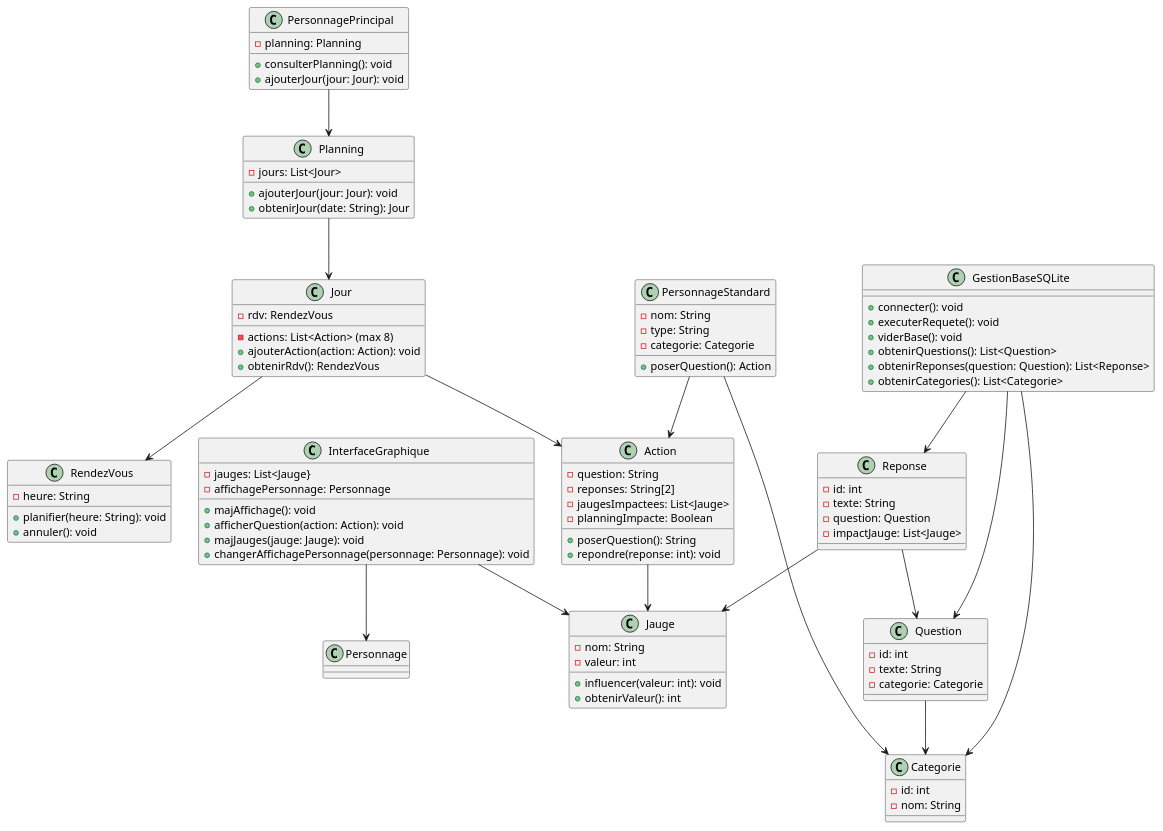
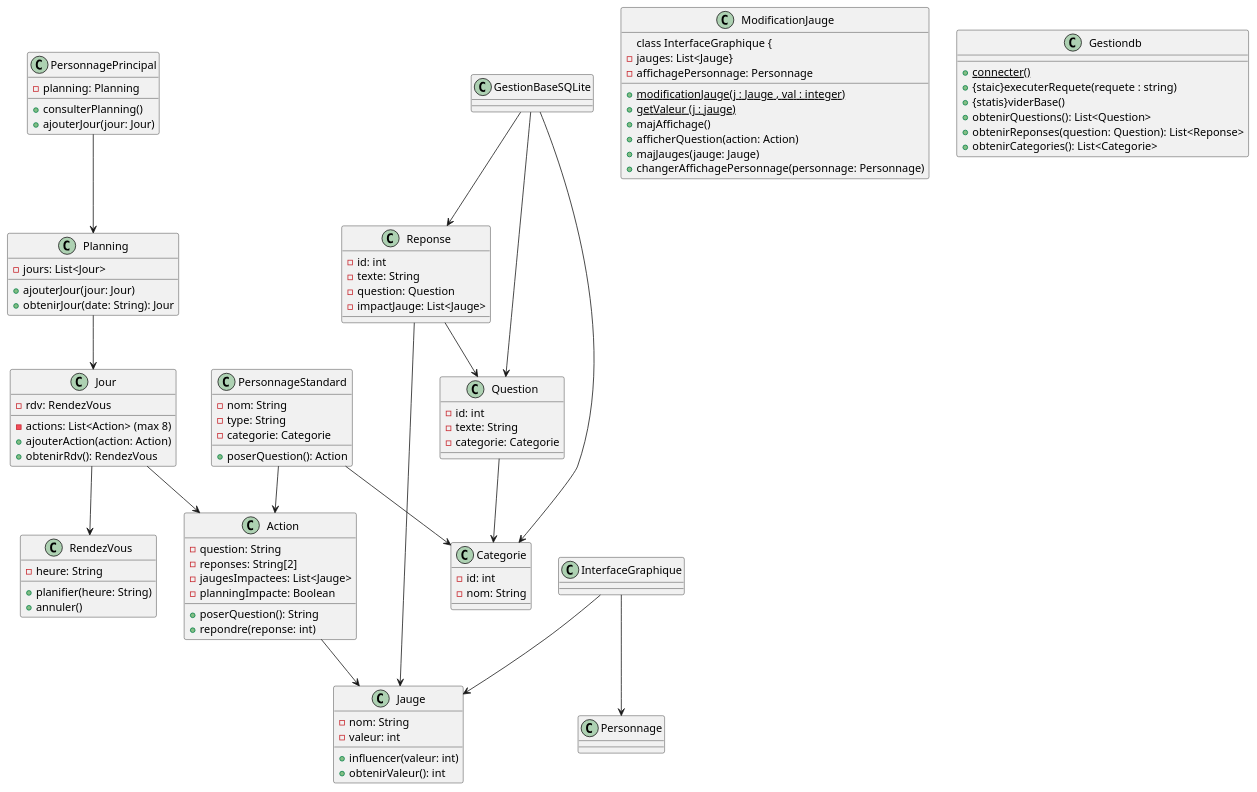
Before and after one commit to Dimensio305/serious-game-university-simulator: the diagram in uml.puml, drawn with PlantUML. The commit also changed 1 other file, not shown here.

Commit message:
modification de l'uml

```diff
--- a/uml.puml
+++ b/uml.puml
@@ -1,105 +1,109 @@
 @startuml
 
 class PersonnagePrincipal {
     - planning: Planning
-    + consulterPlanning(): void
-    + ajouterJour(jour: Jour): void
+    + consulterPlanning()
+    + ajouterJour(jour: Jour)
 }
 
 class PersonnageStandard {
     - nom: String
     - type: String
     - categorie: Categorie
     + poserQuestion(): Action
 }
 
 class Planning {
     - jours: List<Jour>
-    + ajouterJour(jour: Jour): void
+    + ajouterJour(jour: Jour)
     + obtenirJour(date: String): Jour
 }
 
 class Jour {
     - rdv: RendezVous
     - actions: List<Action> (max 8)
-    + ajouterAction(action: Action): void
+    + ajouterAction(action: Action)
     + obtenirRdv(): RendezVous
 }
 
 class RendezVous {
     - heure: String
-    + planifier(heure: String): void
-    + annuler(): void
+    + planifier(heure: String)
+    + annuler()
 }
 
 class Action {
     - question: String
     - reponses: String[2]
     - jaugesImpactees: List<Jauge>
     - planningImpacte: Boolean
     + poserQuestion(): String
-    + repondre(reponse: int): void
+    + repondre(reponse: int)
 }
 
 class Jauge {
     - nom: String
     - valeur: int
-    + influencer(valeur: int): void
+    + influencer(valeur: int)
     + obtenirValeur(): int
 }
+
+class ModificationJauge{
+    +{static}modificationJauge(j : Jauge , val : integer)
+    +{static}getValeur (j : jauge)
 
 class InterfaceGraphique {
     - jauges: List<Jauge}
     - affichagePersonnage: Personnage
-    + majAffichage(): void
-    + afficherQuestion(action: Action): void
-    + majJauges(jauge: Jauge): void
-    + changerAffichagePersonnage(personnage: Personnage): void
+    + majAffichage()
+    + afficherQuestion(action: Action)
+    + majJauges(jauge: Jauge)
+    + changerAffichagePersonnage(personnage: Personnage)
 }
 
-class GestionBaseSQLite {
-    + connecter(): void
-    + executerRequete(): void
-    + viderBase(): void
+class Gestiondb {
+    + {static}connecter()
+    + {staic}executerRequete(requete : string)
+    + {statis}viderBase()
     + obtenirQuestions(): List<Question>
     + obtenirReponses(question: Question): List<Reponse>
     + obtenirCategories(): List<Categorie>
 }
 
 class Question {
     - id: int
     - texte: String
     - categorie: Categorie
 }
 
 class Reponse {
     - id: int
     - texte: String
     - question: Question
     - impactJauge: List<Jauge>
 }
 
 class Categorie {
     - id: int
     - nom: String
 }
 
 PersonnagePrincipal --> Planning
 PersonnageStandard --> Action
 PersonnageStandard --> Categorie
 Planning --> Jour
 Jour --> Action
 Jour --> RendezVous
 Action --> Jauge
 InterfaceGraphique --> Jauge
 InterfaceGraphique --> Personnage
 
 GestionBaseSQLite --> Question
 GestionBaseSQLite --> Reponse
 GestionBaseSQLite --> Categorie
 
 Question --> Categorie
 Reponse --> Question
 Reponse --> Jauge
 
 @enduml
```
